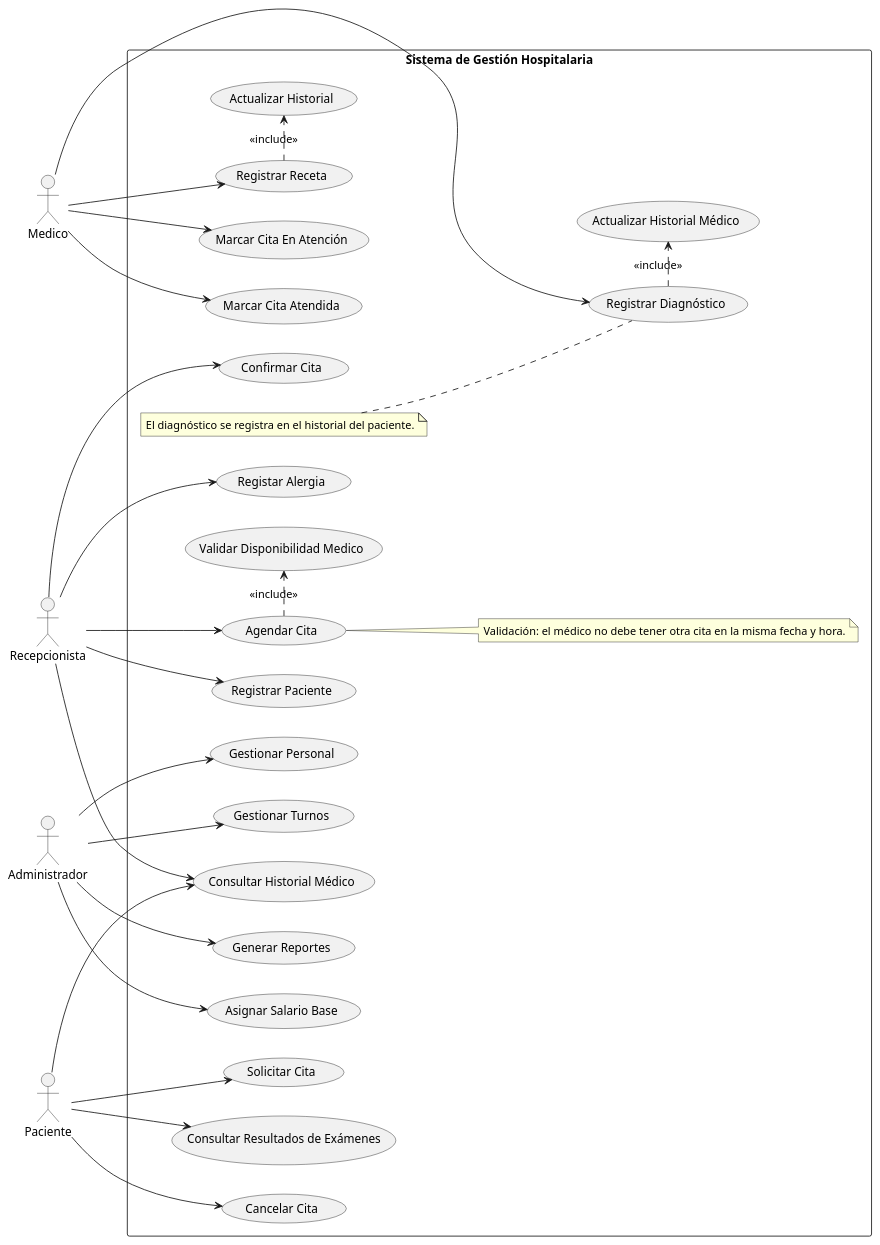
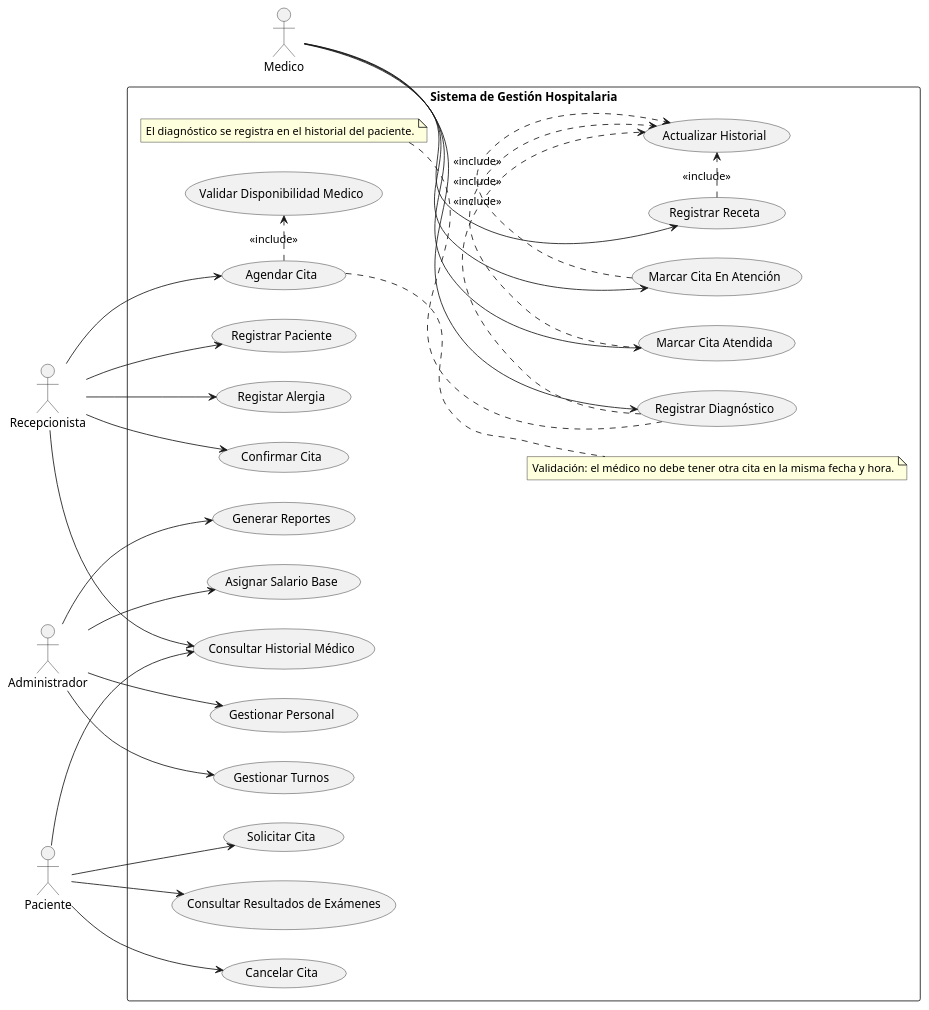
One commit to SamuelHerdz/taller1P2 changed the diagram in docs/casos_uso.puml. Above: the diagram before and after it, drawn with PlantUML.

```diff
--- a/docs/casos_uso.puml
+++ b/docs/casos_uso.puml
@@ -1,39 +1,41 @@
 @startuml CasosDeUso
 left to right direction
 actor Recepcionista
 actor Medico 
 actor Administrador 
 actor Paciente 
 
 rectangle "Sistema de Gestión Hospitalaria" {
     Recepcionista --> (Registrar Paciente)
     Recepcionista --> (Registar Alergia)
     Recepcionista --> (Consultar Historial Médico)
     Recepcionista --> (Agendar Cita)
     Recepcionista --> (Confirmar Cita)
     Medico --> (Registrar Diagnóstico)
     Medico --> (Registrar Receta)
     Medico --> (Marcar Cita En Atención)
     Medico --> (Marcar Cita Atendida)
     Administrador --> (Gestionar Personal)
     Administrador --> (Gestionar Turnos)
     Administrador --> (Generar Reportes)
     Administrador --> (Asignar Salario Base)
     Paciente --> (Solicitar Cita)
     Paciente --> (Consultar Resultados de Exámenes)
     Paciente --> (Consultar Historial Médico)
     Paciente --> (Cancelar Cita)
     
     (Agendar Cita) .> (Validar Disponibilidad Medico) : <<include>>
-    (Registrar Diagnóstico) .> (Actualizar Historial Médico) : <<include>>
+    (Registrar Diagnóstico) .> (Actualizar Historial) : <<include>>
     (Registrar Receta) .> (Actualizar Historial) : <<include>>
+    (Marcar Cita En Atención) .> (Actualizar Historial) : <<include>>
+    (Marcar Cita Atendida) .> (Actualizar Historial) : <<include>>
 
     note right of (Agendar Cita)
       Validación: el médico no debe tener otra cita en la misma fecha y hora.
     end note
 
     note left of (Registrar Diagnóstico)
       El diagnóstico se registra en el historial del paciente.
     end note
 }
 @enduml
```
